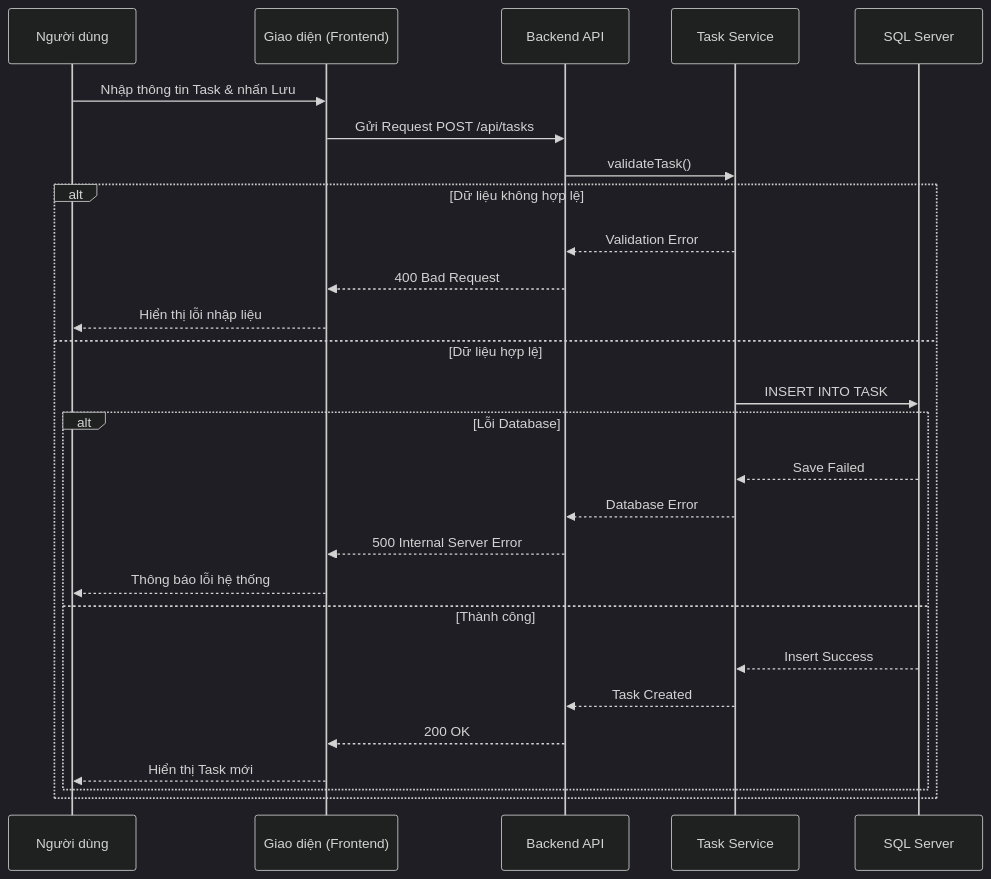
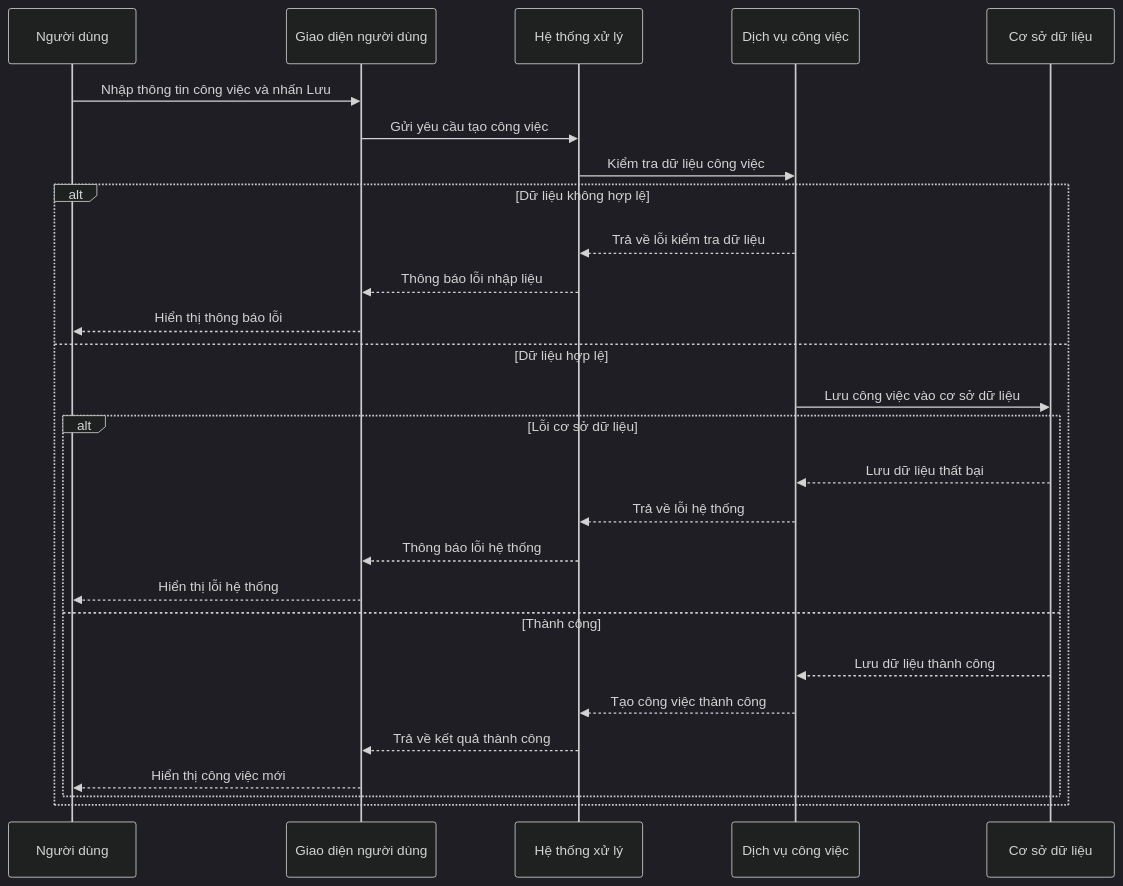
Before and after one commit to anhngocto-prog/He-thong-quan-ly-va-theo-doi-tien-do-cong-viec-ca-nhan: the third of 4 diagrams in ANALYSIS.md, drawn with Mermaid (dark theme). The commit also changed other lines of this file, not shown here.

````diff
--- a/ANALYSIS.md
+++ b/ANALYSIS.md
@@ -213,51 +213,51 @@
 ```mermaid
 sequenceDiagram
 
-    participant User as Người dùng
-    participant UI as Giao diện (Frontend)
-    participant API as Backend API
-    participant Service as Task Service
-    participant DB as SQL Server
+    participant ND as Người dùng
+    participant FE as Giao diện người dùng
+    participant API as Hệ thống xử lý
+    participant Service as Dịch vụ công việc
+    participant DB as Cơ sở dữ liệu
 
-    User->>UI: Nhập thông tin Task & nhấn Lưu
+    ND->>FE: Nhập thông tin công việc và nhấn Lưu
 
-    UI->>API: Gửi Request POST /api/tasks
+    FE->>API: Gửi yêu cầu tạo công việc
 
-    API->>Service: validateTask()
+    API->>Service: Kiểm tra dữ liệu công việc
 
     alt Dữ liệu không hợp lệ
 
-        Service-->>API: Validation Error
+        Service-->>API: Trả về lỗi kiểm tra dữ liệu
 
-        API-->>UI: 400 Bad Request
+        API-->>FE: Thông báo lỗi nhập liệu
 
-        UI-->>User: Hiển thị lỗi nhập liệu
+        FE-->>ND: Hiển thị thông báo lỗi
 
     else Dữ liệu hợp lệ
 
-        Service->>DB: INSERT INTO TASK
+        Service->>DB: Lưu công việc vào cơ sở dữ liệu
 
-        alt Lỗi Database
+        alt Lỗi cơ sở dữ liệu
 
-            DB-->>Service: Save Failed
+            DB-->>Service: Lưu dữ liệu thất bại
 
-            Service-->>API: Database Error
+            Service-->>API: Trả về lỗi hệ thống
 
-            API-->>UI: 500 Internal Server Error
+            API-->>FE: Thông báo lỗi hệ thống
 
-            UI-->>User: Thông báo lỗi hệ thống
+            FE-->>ND: Hiển thị lỗi hệ thống
 
         else Thành công
 
-            DB-->>Service: Insert Success
+            DB-->>Service: Lưu dữ liệu thành công
 
-            Service-->>API: Task Created
+            Service-->>API: Tạo công việc thành công
 
-            API-->>UI: 200 OK
+            API-->>FE: Trả về kết quả thành công
 
-            UI-->>User: Hiển thị Task mới
+            FE-->>ND: Hiển thị công việc mới
 
         end
 
     end
 ```
````
